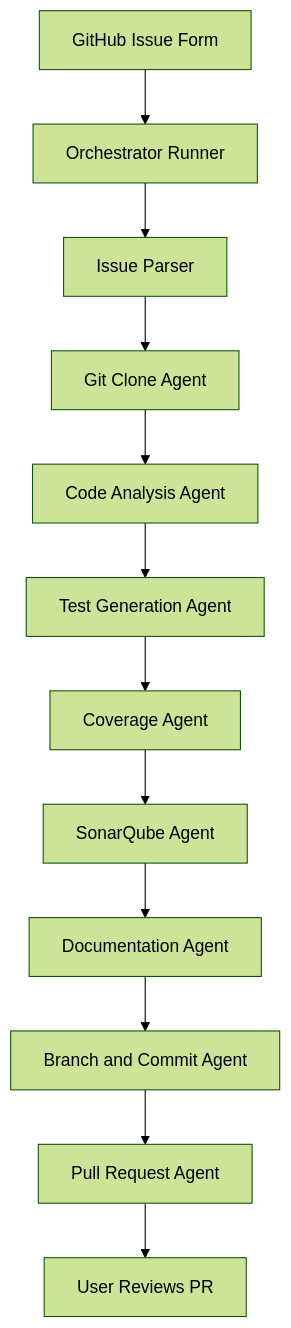
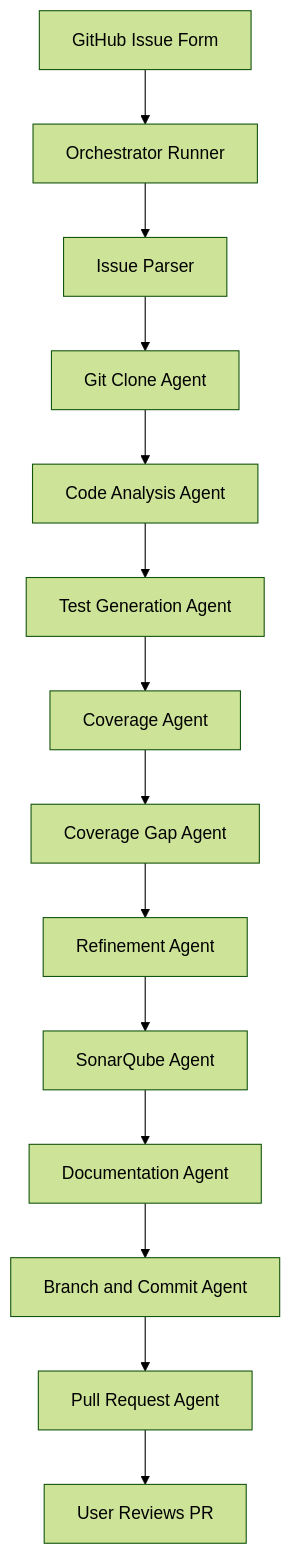
The diagram in Agents.md (soumendhar1310/genai-orchestrator), drawn with Mermaid (forest theme) before and after one commit. The commit also changed other lines of this file and 2 other files, not shown here.

Commit message:
Add coverage-gap refinement stage and update workflow docs

````diff
--- a/Agents.md
+++ b/Agents.md
@@ -29,14 +29,16 @@
 ```mermaid
 flowchart TD
     U[GitHub Issue Form] --> O[Orchestrator Runner]
     O --> P[Issue Parser]
     P --> G[Git Clone Agent]
     G --> A[Code Analysis Agent]
     A --> T[Test Generation Agent]
     T --> C[Coverage Agent]
-    C --> S[SonarQube Agent]
+    C --> G2[Coverage Gap Agent]
+    G2 --> R1[Refinement Agent]
+    R1 --> S[SonarQube Agent]
     S --> D[Documentation Agent]
     D --> B[Branch and Commit Agent]
     B --> R[Pull Request Agent]
     R --> U2[User Reviews PR]
 ```
````
